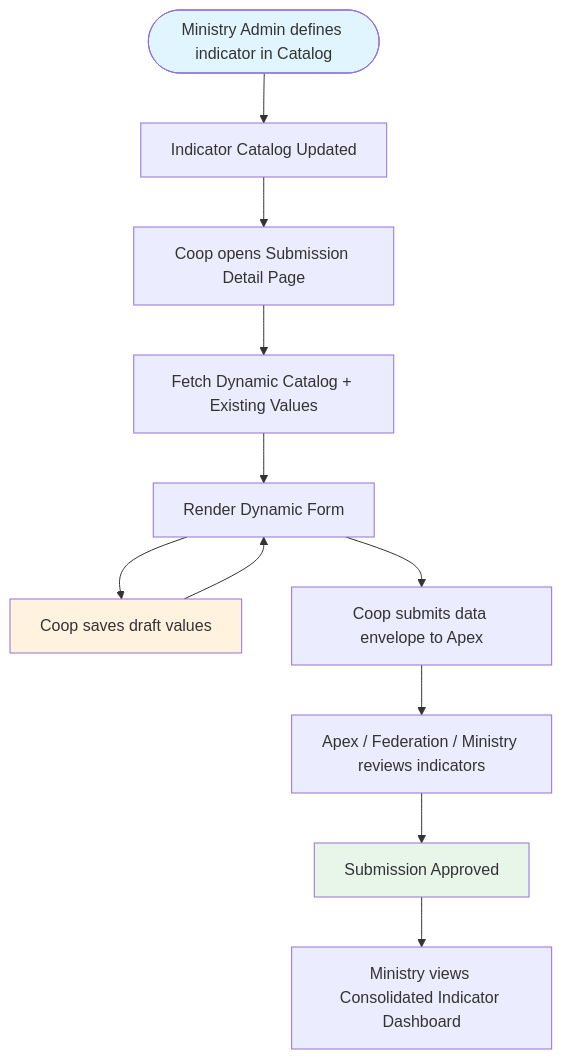
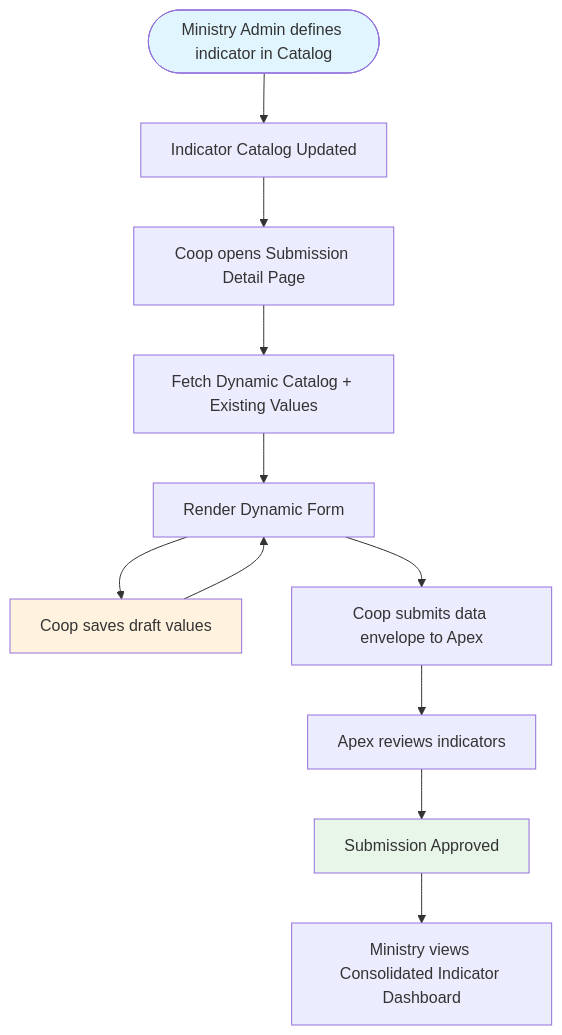
Before and after one commit to ADORSYS-GIS/CoopData: the diagram in docs/features/non-financial-indicators.md, drawn with Mermaid. The commit also changed other lines of this file and 42 other files, not shown here.

````diff
--- a/docs/features/non-financial-indicators.md
+++ b/docs/features/non-financial-indicators.md
@@ -31,16 +31,16 @@
 ```mermaid
 flowchart TD
     Start([Ministry Admin defines indicator in Catalog]) --> Sync[Indicator Catalog Updated]
     Sync --> CoopDash[Coop opens Submission Detail Page]
     CoopDash --> Fetch[Fetch Dynamic Catalog + Existing Values]
     Fetch --> RenderForm[Render Dynamic Form]
     RenderForm --> SaveDraft[Coop saves draft values]
     SaveDraft --> RenderForm
     RenderForm --> FinalSubmit[Coop submits data envelope to Apex]
-    FinalSubmit --> Review[Apex / Federation / Ministry reviews indicators]
+    FinalSubmit --> Review[Apex reviews indicators]
     Review --> Approve[Submission Approved]
     Approve --> Consolidated[Ministry views Consolidated Indicator Dashboard]
     style Start fill:#e1f5fe
     style SaveDraft fill:#fff3e0
     style Approve fill:#e8f5e9
 ```
````
